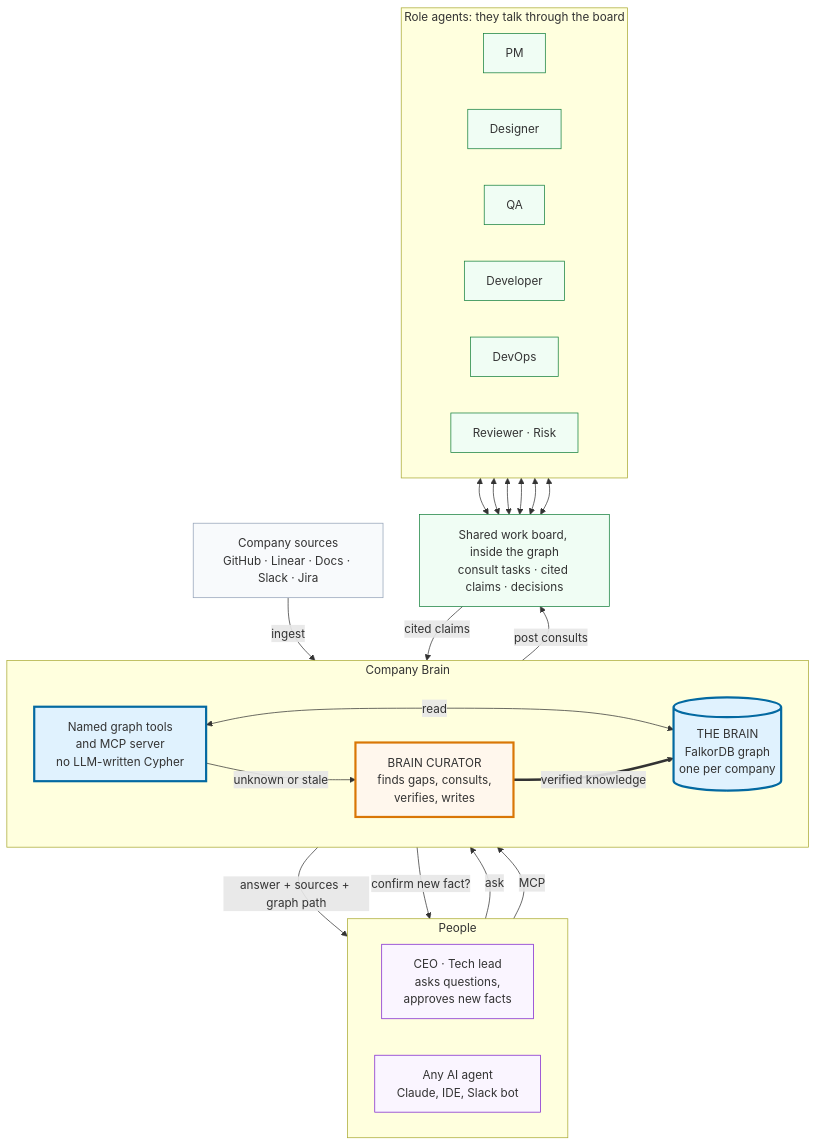
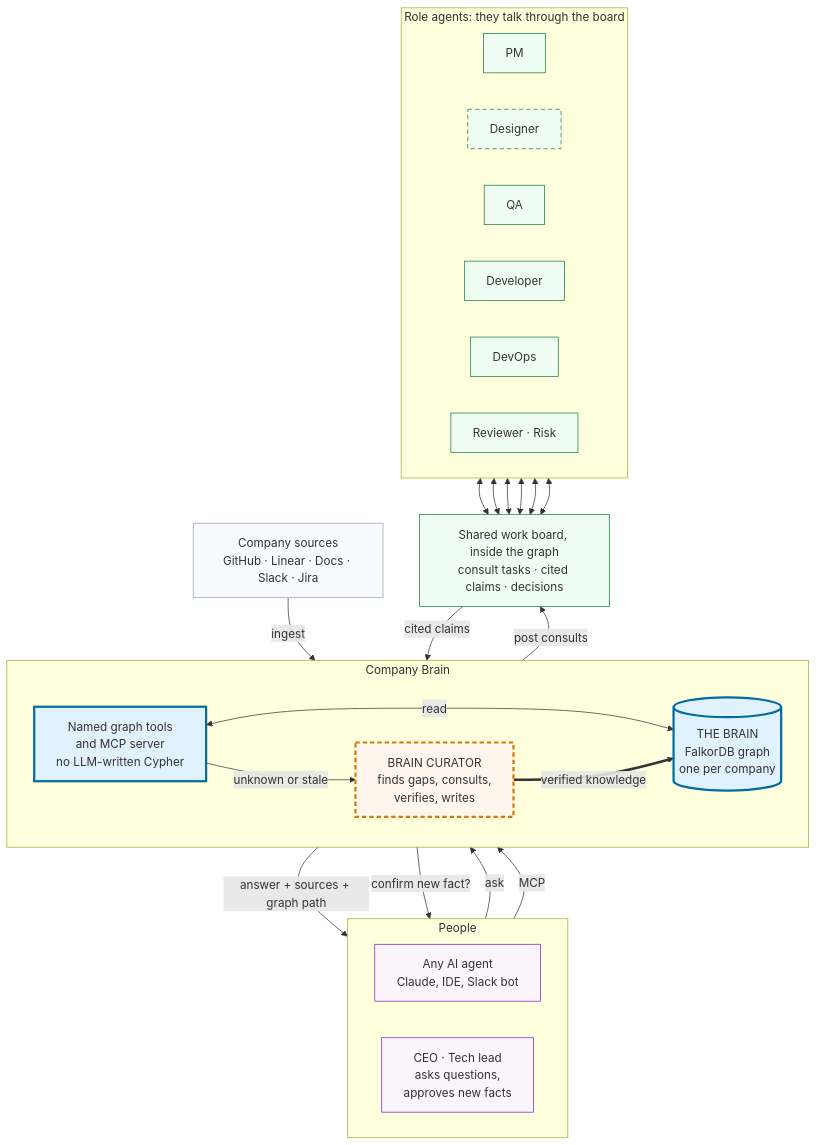
Before and after one commit to himanshu634/citadel: the diagram in docs/architecture/overview.mmd, drawn with Mermaid. The commit also changed 11 other files, not shown here.

First line of the commit message:
Draw the architecture diagrams as Excalidraw scenes

```diff
--- a/docs/architecture/overview.mmd
+++ b/docs/architecture/overview.mmd
@@ -1,55 +1,57 @@
 graph TB
   subgraph PEOPLE["People"]
     direction LR
+    EXT["Any AI agent<br/>Claude, IDE, Slack bot"]
     LEAD["CEO · Tech lead<br/>asks questions,<br/>approves new facts"]
-    EXT["Any AI agent<br/>Claude, IDE, Slack bot"]
   end
 
   SRC["Company sources<br/>GitHub · Linear · Docs · Slack · Jira"]
 
   subgraph CORE["Company Brain"]
     direction LR
     TOOLS["Named graph tools<br/>and MCP server<br/>no LLM-written Cypher"]
     BRAIN[("THE BRAIN<br/>FalkorDB graph<br/>one per company")]
     CUR["BRAIN CURATOR<br/>finds gaps, consults,<br/>verifies, writes"]
   end
 
   BOARD["Shared work board, inside the graph<br/>consult tasks · cited claims · decisions"]
 
   subgraph TEAM["Role agents: they talk through the board"]
     direction LR
     PM["PM"]
     DES["Designer"]
     QA["QA"]
     DEV["Developer"]
     OPS["DevOps"]
     REV["Reviewer · Risk"]
   end
 
   LEAD -->|"ask"| TOOLS
   TOOLS -->|"answer + sources + graph path"| LEAD
   EXT -->|"MCP"| TOOLS
   SRC -->|"ingest"| BRAIN
   TOOLS <-->|"read"| BRAIN
   TOOLS -->|"unknown or stale"| CUR
   CUR -->|"confirm new fact?"| LEAD
   CUR -->|"post consults"| BOARD
   BOARD -->|"cited claims"| CUR
   CUR ==>|"verified knowledge"| BRAIN
   PM <--> BOARD
   DES <--> BOARD
   QA <--> BOARD
   DEV <--> BOARD
   OPS <--> BOARD
   REV <--> BOARD
 
   classDef brain fill:#e0f2fe,stroke:#0369a1,stroke-width:3px
   classDef curator fill:#fff7ed,stroke:#d97706,stroke-width:3px
   classDef agent fill:#f0fdf4,stroke:#15803d,stroke-width:1px
   classDef person fill:#faf5ff,stroke:#7e22ce,stroke-width:1px
   classDef source fill:#f8fafc,stroke:#94a3b8
+  classDef planned stroke-dasharray: 6 4
   class BRAIN,TOOLS brain
   class CUR curator
   class PM,DES,QA,DEV,OPS,REV,BOARD agent
   class LEAD,EXT person
   class SRC source
+  class CUR,DES planned
```
